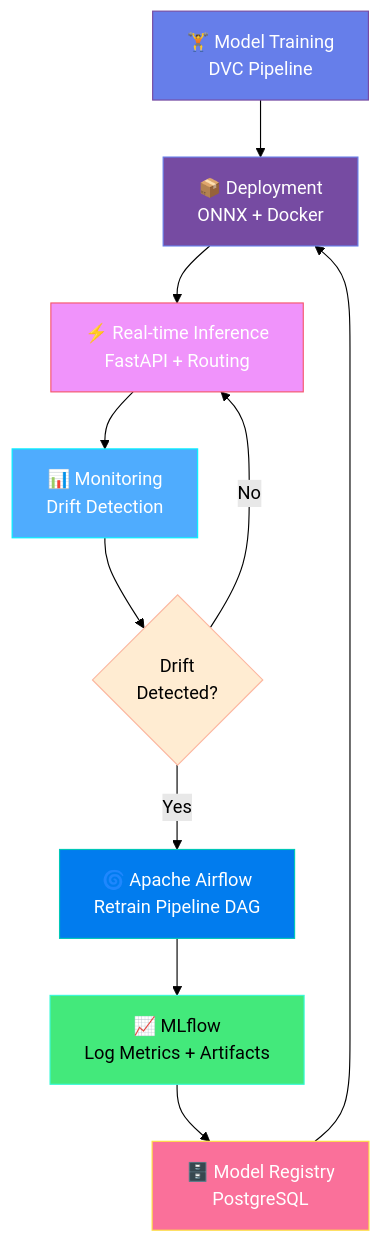
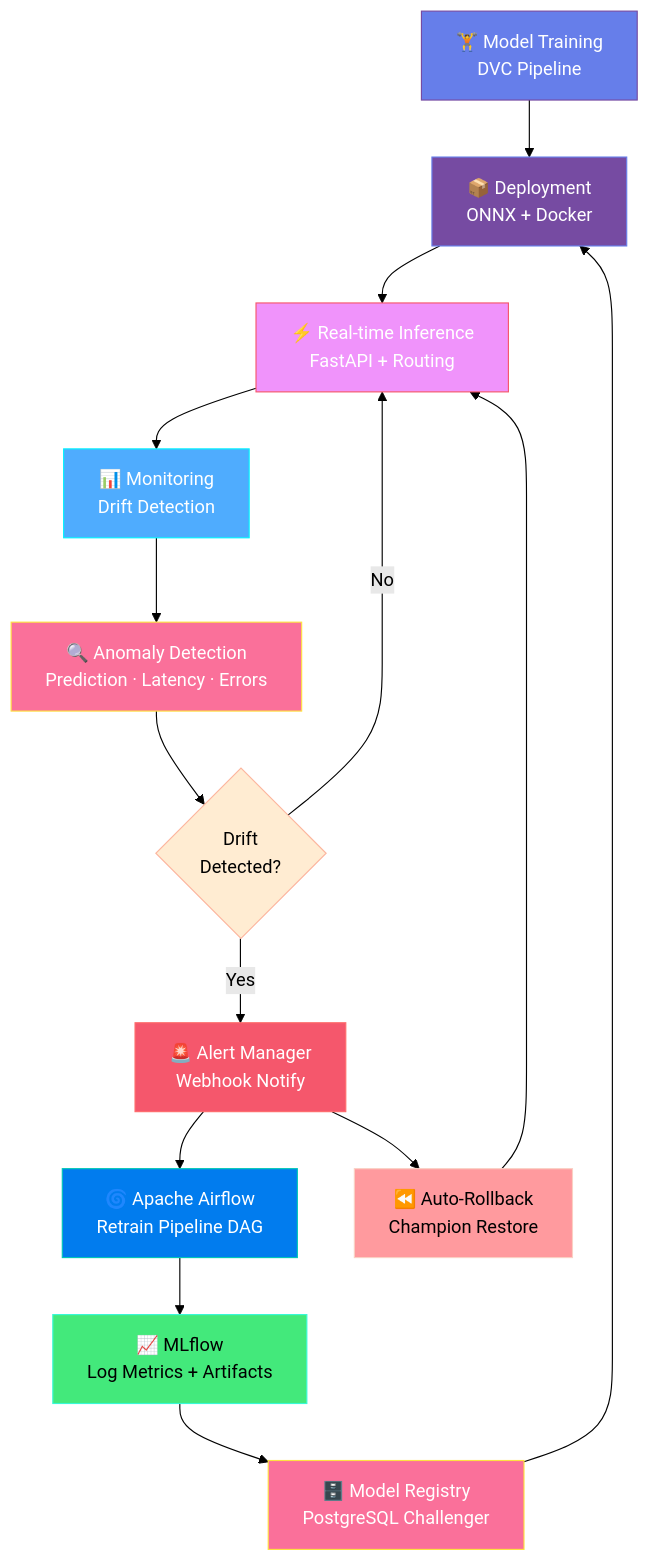
One commit to vtnguyen04/phoenix_ML changed the second of 2 diagrams in README.md. Above: the diagram before and after it, drawn with Mermaid (forest theme).

Commit message:
docs: restore Alert/Rollback nodes in MLOps Loop diagram

````diff
--- a/README.md
+++ b/README.md
@@ -87,21 +87,28 @@
 ```mermaid
 graph TD
     Train["🏋️ Model Training<br/>DVC Pipeline"] --> Deploy["📦 Deployment<br/>ONNX + Docker"]
     Deploy --> Serve["⚡ Real-time Inference<br/>FastAPI + Routing"]
     Serve --> Monitor["📊 Monitoring<br/>Drift Detection"]
-    Monitor --> Decision{"Drift<br/>Detected?"}
+    Monitor --> Anomaly["🔍 Anomaly Detection<br/>Prediction · Latency · Errors"]
+    Anomaly --> Decision{"Drift<br/>Detected?"}
     Decision -->|No| Serve
-    Decision -->|Yes| Airflow["🌀 Apache Airflow<br/>Retrain Pipeline DAG"]
+    Decision -->|Yes| Alert["🚨 Alert Manager<br/>Webhook Notify"]
+    Alert --> Airflow["🌀 Apache Airflow<br/>Retrain Pipeline DAG"]
+    Alert --> Rollback["⏪ Auto-Rollback<br/>Champion Restore"]
+    Rollback --> Serve
     Airflow --> MLflow["📈 MLflow<br/>Log Metrics + Artifacts"]
-    MLflow --> Registry["🗄️ Model Registry<br/>PostgreSQL"]
+    MLflow --> Registry["🗄️ Model Registry<br/>PostgreSQL Challenger"]
     Registry --> Deploy
 
     style Train fill:#667eea,stroke:#764ba2,color:#fff
     style Deploy fill:#764ba2,stroke:#667eea,color:#fff
     style Serve fill:#f093fb,stroke:#f5576c,color:#fff
     style Monitor fill:#4facfe,stroke:#00f2fe,color:#fff
+    style Anomaly fill:#fa709a,stroke:#fee140,color:#fff
     style Decision fill:#ffecd2,stroke:#fcb69f,color:#000
+    style Alert fill:#f5576c,stroke:#ff6b6b,color:#fff
+    style Rollback fill:#ff9a9e,stroke:#fad0c4,color:#000
     style Airflow fill:#017cee,stroke:#00c7b7,color:#fff
     style MLflow fill:#43e97b,stroke:#38f9d7,color:#000
     style Registry fill:#fa709a,stroke:#fee140,color:#fff
 ```
````
